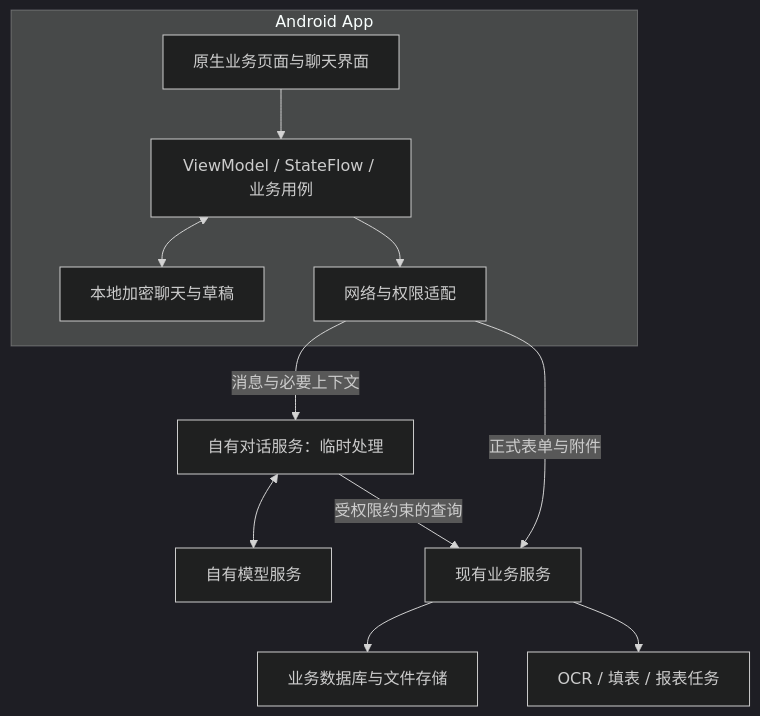
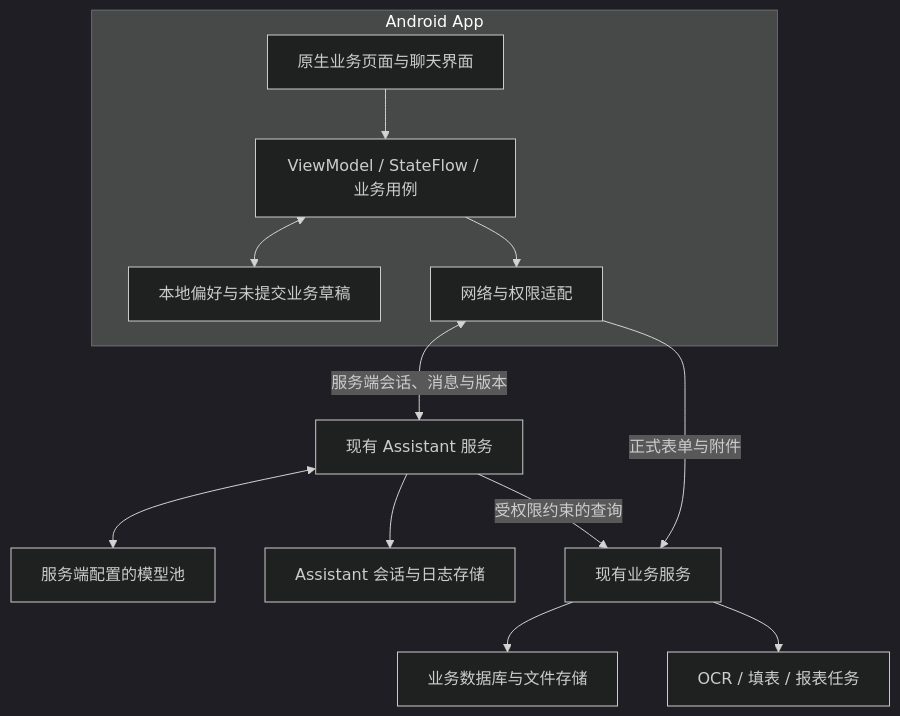
Before and after one commit to swm808/mobile: the diagram in docs/移动端需求文档.md, drawn with Mermaid (dark theme). The commit also changed other lines of this file and 25 other files, not shown here.

````diff
--- a/docs/移动端需求文档.md
+++ b/docs/移动端需求文档.md
@@ -126,18 +131,19 @@
 ```mermaid
 flowchart TB
     subgraph APP[Android App]
         UI[原生业务页面与聊天界面]
         STATE[ViewModel / StateFlow / 业务用例]
-        LOCAL[本地加密聊天与草稿]
+        LOCAL[本地偏好与未提交业务草稿]
         CLIENT[网络与权限适配]
         UI --> STATE
         STATE <--> LOCAL
         STATE --> CLIENT
     end
-    CLIENT -->|消息与必要上下文| CHAT[自有对话服务：临时处理]
-    CHAT <--> MODEL[自有模型服务]
+    CLIENT <-->|服务端会话、消息与版本| CHAT[现有 Assistant 服务]
+    CHAT <--> MODEL[服务端配置的模型池]
+    CHAT --> AIDB[Assistant 会话与日志存储]
     CHAT -->|受权限约束的查询| BUSINESS[现有业务服务]
     CLIENT -->|正式表单与附件| BUSINESS
     BUSINESS --> DB[业务数据库与文件存储]
     BUSINESS --> JOB[OCR / 填表 / 报表任务]
 ```
````
